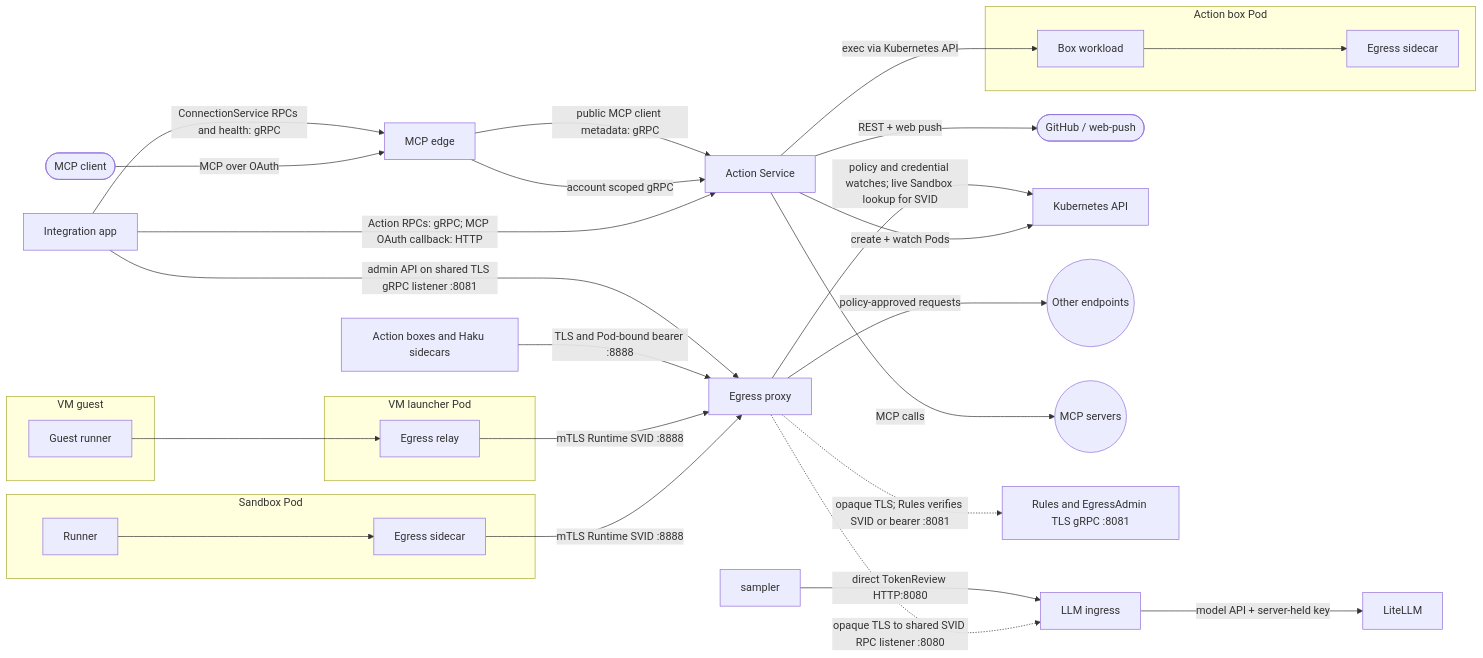
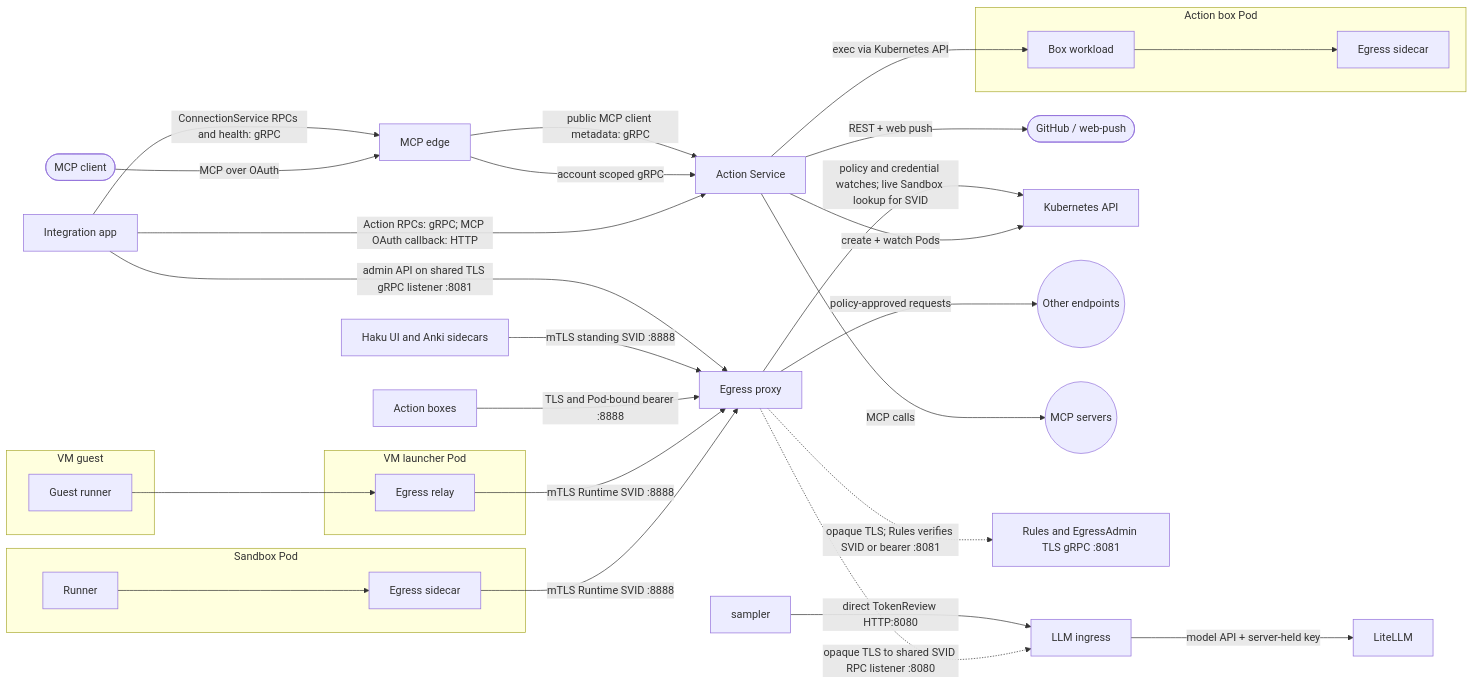
The ninth of 9 diagrams in agentplane/docs/system_overview.md (agentydragon/ducktape), drawn with Mermaid before and after one commit. The commit also changed 7 other files, not shown here.

````diff
--- a/agentplane/docs/system_overview.md
+++ b/agentplane/docs/system_overview.md
@@ -547,49 +547,50 @@
 ```mermaid
 flowchart LR
     mcp_client([MCP client])
     github([GitHub / web-push])
     app[Integration app]
     actions[Action Service]
     edge[MCP edge]
     k8s[Kubernetes API]
     subgraph box[Action box Pod]
         workload[Box workload]
         box_sidecar[Egress sidecar]
     end
     subgraph sandbox[Sandbox Pod]
         runner[Runner]
         sidecar[Egress sidecar]
     end
     subgraph vm_guest[VM guest]
         guest[Guest runner]
     end
     subgraph vm_pod[VM launcher Pod]
         relay[Egress relay]
     end
     egress[Egress proxy]
     llm[LLM ingress]
     litellm[LiteLLM]
     other((Other endpoints))
     mcp_servers((MCP servers))
 
     mcp_client -->|MCP over OAuth| edge
     app -->|Action RPCs: gRPC; MCP OAuth callback: HTTP| actions
     app -->|ConnectionService RPCs and health: gRPC| edge
     edge -->|account scoped gRPC| actions
     edge -->|public MCP client metadata: gRPC| actions
     actions -->|create + watch Pods| k8s
     actions -->|exec via Kubernetes API| workload
     workload --> box_sidecar
     runner --> sidecar -->|mTLS Runtime SVID :8888| egress
     guest --> relay -->|mTLS Runtime SVID :8888| egress
-    nonSandbox[Action boxes and Haku sidecars] -->|TLS and Pod-bound bearer :8888| egress
+    nonSandbox[Action boxes] -->|TLS and Pod-bound bearer :8888| egress
+    standing[Haku UI and Anki sidecars] -->|mTLS standing SVID :8888| egress
     app -->|admin API on shared TLS gRPC listener :8081| egress
     egress -->|policy and credential watches; live Sandbox lookup for SVID| k8s
     egress -->|policy-approved requests| other
     egress -.->|opaque TLS; Rules verifies SVID or bearer :8081| rules[Rules and EgressAdmin TLS gRPC :8081]
     egress -.->|opaque TLS to shared SVID RPC listener :8080| llm
     sampler -->|direct TokenReview HTTP:8080| llm
     llm -->|model API + server-held key| litellm
     actions -->|MCP calls| mcp_servers
     actions -->|REST + web push| github
 ```
````
